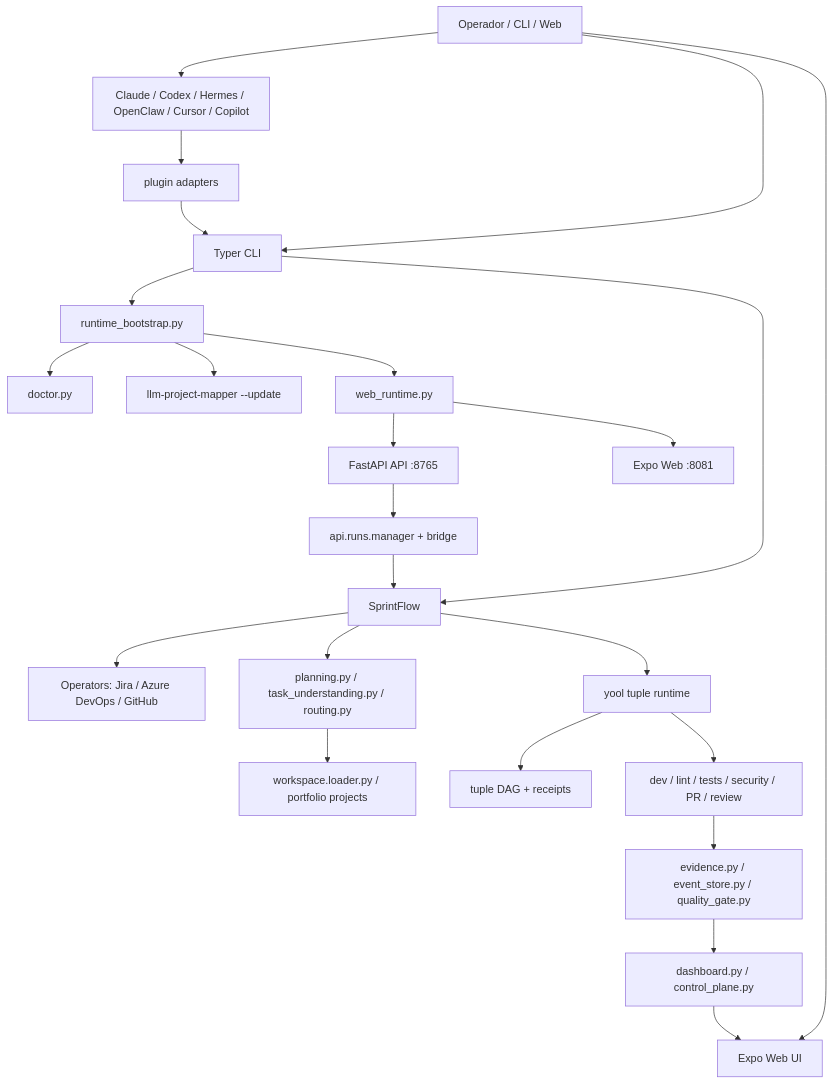
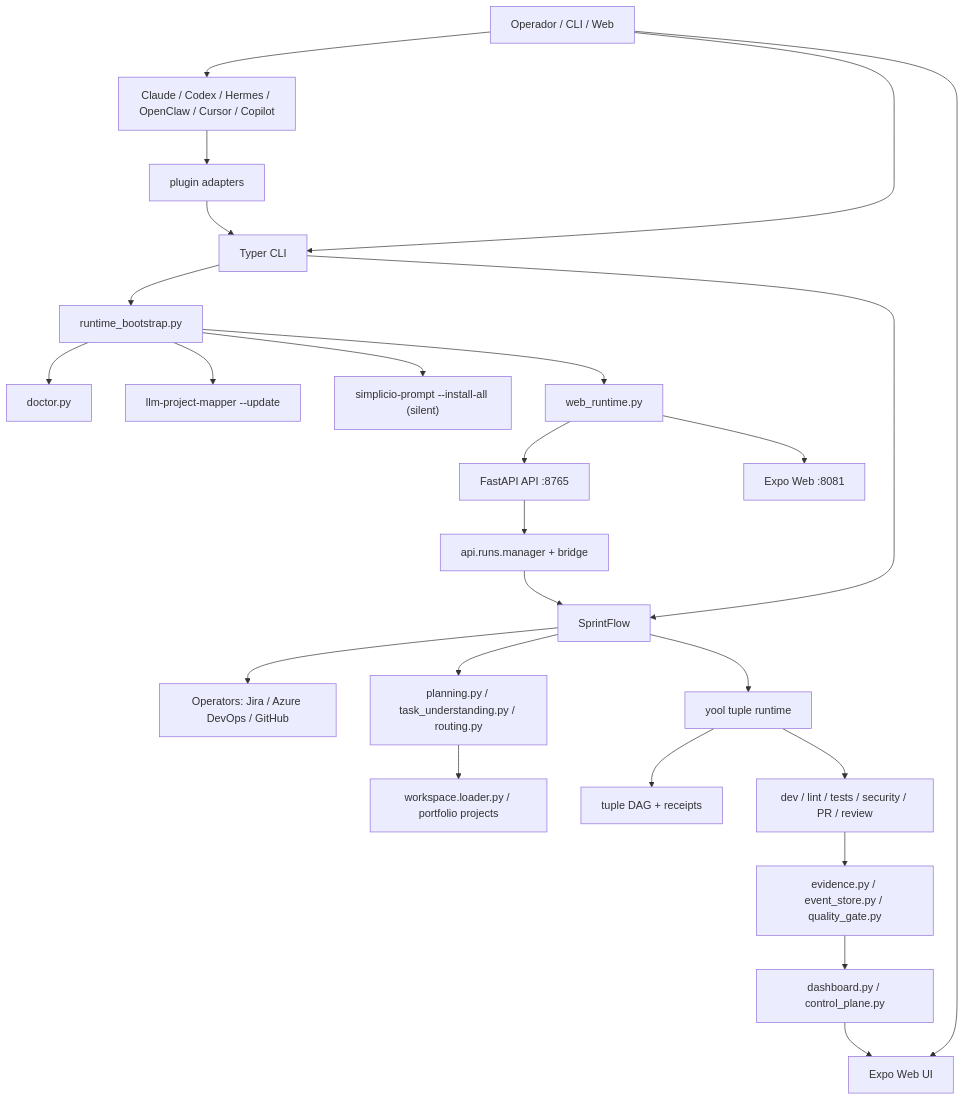
One commit to wesleysimplicio/simplicio-sprint changed the first of 2 diagrams in SENDSPRINT_FLOW_MAP.md. Above: the diagram before and after it, drawn with Mermaid. The commit also changed other lines of this file and 8 other files, not shown here.

First line of the commit message:
feat(bootstrap): integrate simplicio-prompt alongside llm-project-mapper

````diff
--- a/SENDSPRINT_FLOW_MAP.md
+++ b/SENDSPRINT_FLOW_MAP.md
@@ -102,28 +102,29 @@
 ```mermaid
 flowchart TD
     U["Operador / CLI / Web"] --> HOST["Claude / Codex / Hermes / OpenClaw / Cursor / Copilot"]
     HOST --> PLUG["plugin adapters"]
     PLUG --> CLI["Typer CLI"]
     U --> CLI["Typer CLI"]
     U --> WEB["Expo Web UI"]
     CLI --> BOOT["runtime_bootstrap.py"]
     BOOT --> DOC["doctor.py"]
     BOOT --> MAP["llm-project-mapper --update"]
+    BOOT --> SPR["simplicio-prompt --install-all (silent)"]
     BOOT --> LOCAL["web_runtime.py"]
     LOCAL --> API["FastAPI API :8765"]
     LOCAL --> UI["Expo Web :8081"]
 
     CLI --> FLOW["SprintFlow"]
     FLOW --> OP["Operators: Jira / Azure DevOps / GitHub"]
     FLOW --> PLAN["planning.py / task_understanding.py / routing.py"]
     PLAN --> WORKSPACE["workspace.loader.py / portfolio projects"]
     FLOW --> TUPLE["yool tuple runtime"]
     TUPLE --> DAG["tuple DAG + receipts"]
     TUPLE --> AGENTS["dev / lint / tests / security / PR / review"]
     AGENTS --> EVID["evidence.py / event_store.py / quality_gate.py"]
     EVID --> DASH["dashboard.py / control_plane.py"]
 
     API --> RUNS["api.runs.manager + bridge"]
     RUNS --> FLOW
     DASH --> WEB
 ```
````
